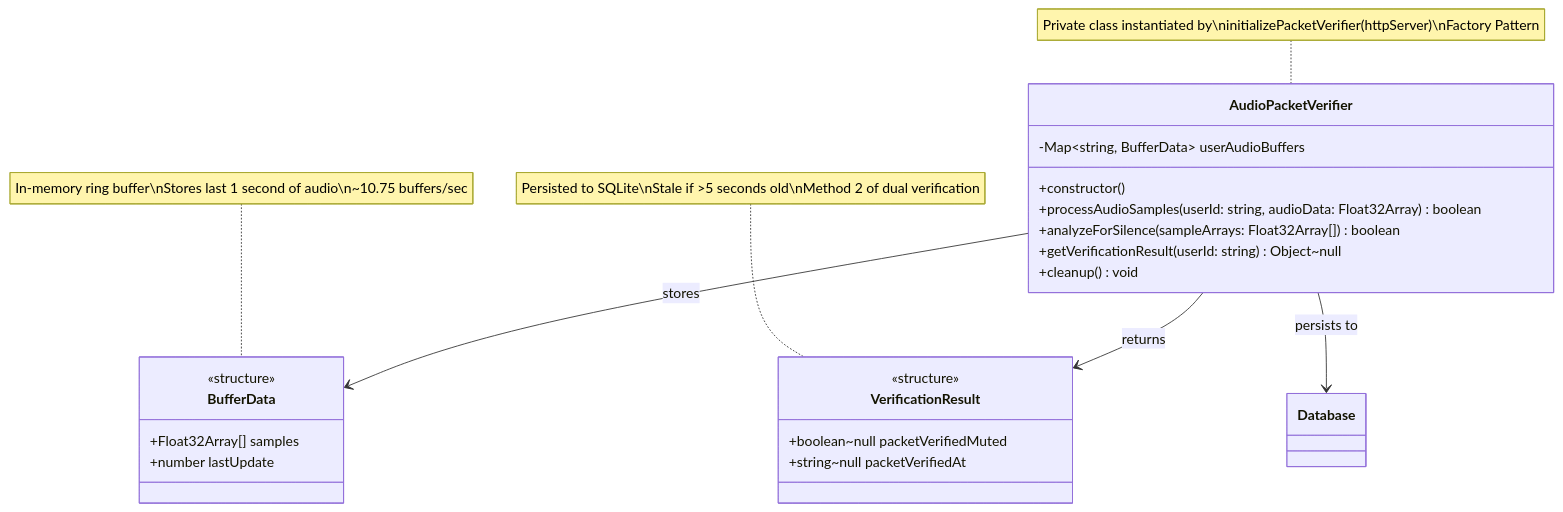
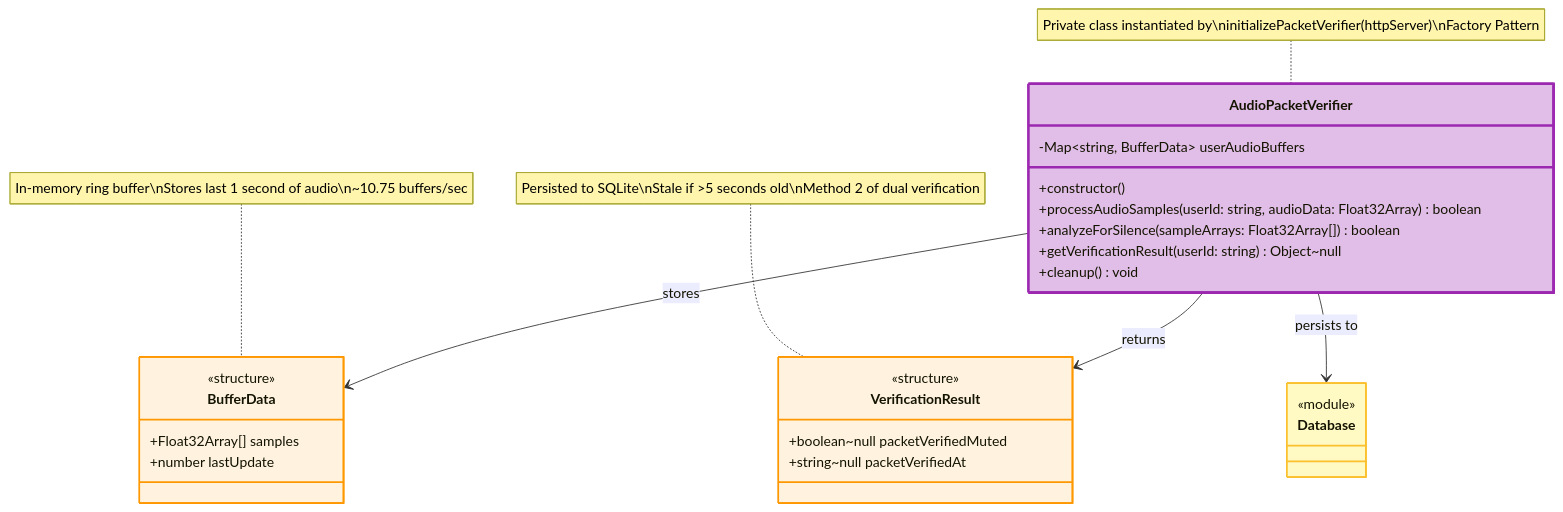
Before and after one commit to arthur900530/team-bug-farmers: the first of 9 diagrams in CLASS_DIAGRAMS.md, drawn with Mermaid. The commit also changed other lines of this file, not shown here.

First line of the commit message:
Add consistent color scheme to all class diagrams

````diff
--- a/CLASS_DIAGRAMS.md
+++ b/CLASS_DIAGRAMS.md
@@ -44,34 +63,43 @@
 ```mermaid
 classDiagram
     class AudioPacketVerifier {
         -Map~string, BufferData~ userAudioBuffers
         
         +constructor()
         +processAudioSamples(userId: string, audioData: Float32Array) boolean
         +analyzeForSilence(sampleArrays: Float32Array[]) boolean
         +getVerificationResult(userId: string) Object~null
         +cleanup() void
     }
     
     class BufferData {
         <<structure>>
         +Float32Array[] samples
         +number lastUpdate
     }
     
     class VerificationResult {
         <<structure>>
         +boolean~null packetVerifiedMuted
         +string~null packetVerifiedAt
     }
     
+    class Database {
+        <<module>>
+    }
+    
     AudioPacketVerifier --> BufferData : stores
     AudioPacketVerifier --> VerificationResult : returns
     AudioPacketVerifier --> Database : persists to
+    
+    style AudioPacketVerifier fill:#E1BEE7,stroke:#9C27B0,stroke-width:3px
+    style BufferData fill:#FFF3E0,stroke:#FF9800,stroke-width:2px
+    style VerificationResult fill:#FFF3E0,stroke:#FF9800,stroke-width:2px
+    style Database fill:#FFF9C4,stroke:#FBC02D,stroke-width:2px
     
     note for AudioPacketVerifier "Private class instantiated by\ninitializePacketVerifier(httpServer)\nFactory Pattern"
     
     note for BufferData "In-memory ring buffer\nStores last 1 second of audio\n~10.75 buffers/sec"
     
     note for VerificationResult "Persisted to SQLite\nStale if >5 seconds old\nMethod 2 of dual verification"
 ```
````
